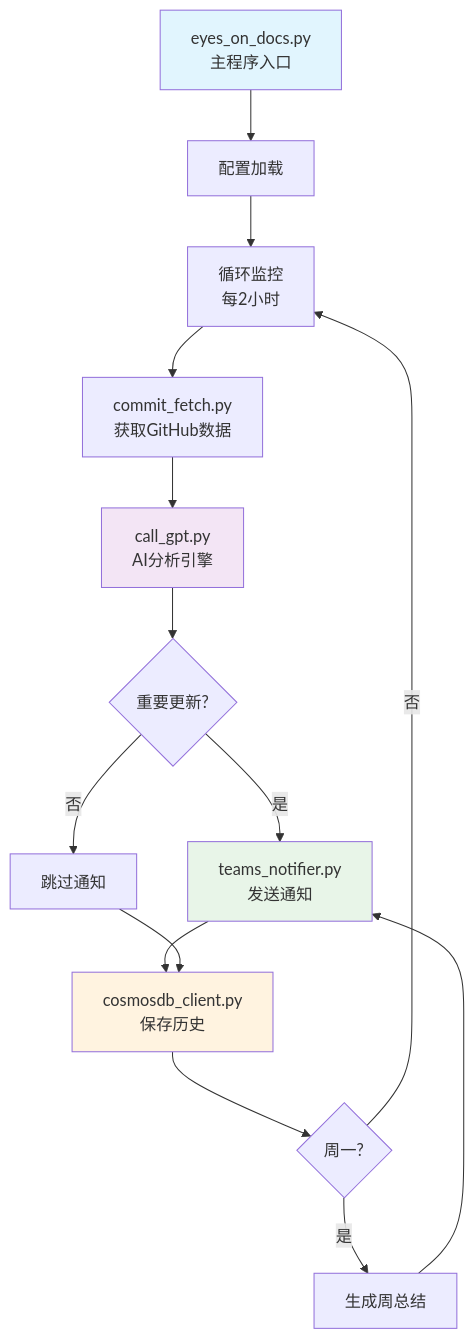
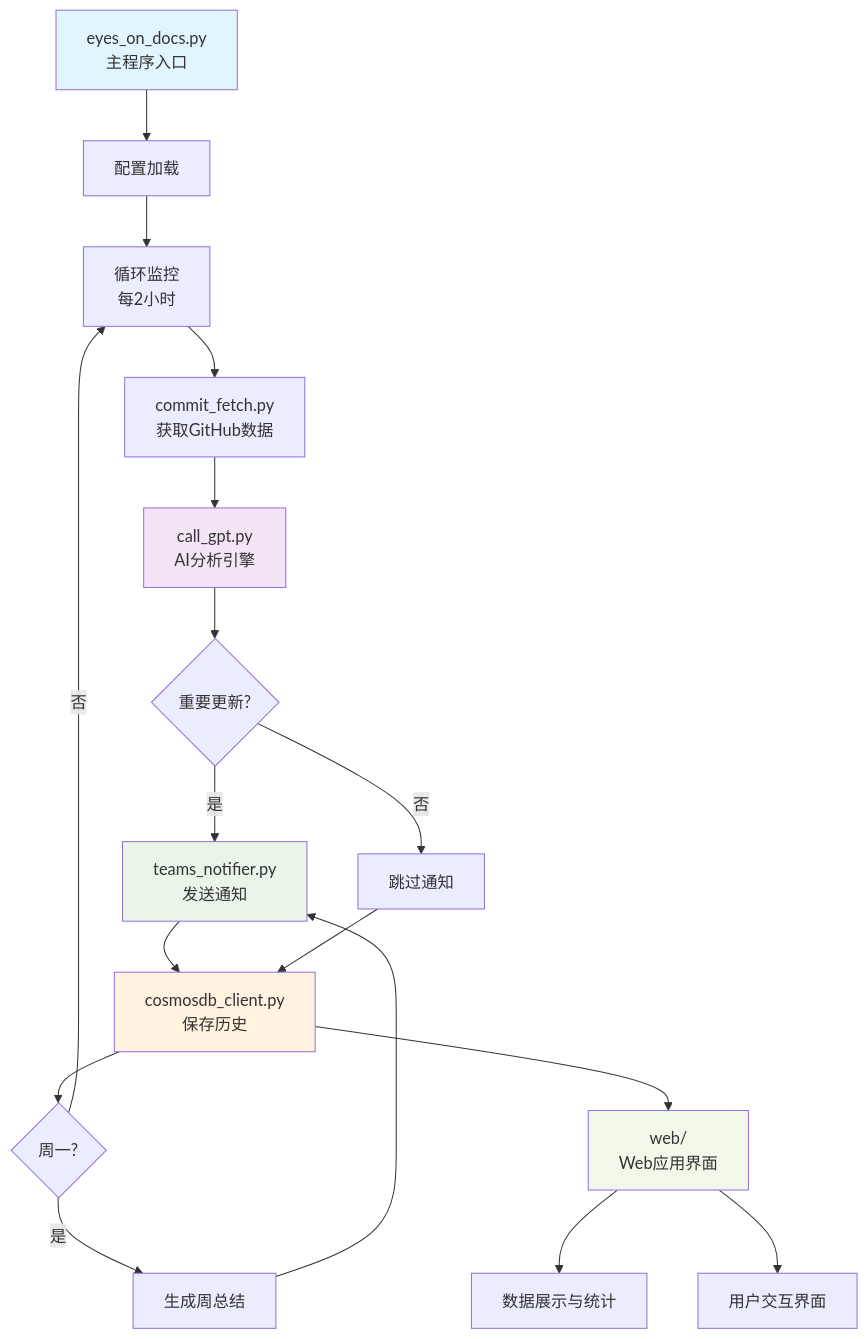
One commit to joeyzenghuan/Eyes-On-Docs changed the first of 4 diagrams in README.md. Above: the diagram before and after it, drawn with Mermaid. The commit also changed other lines of this file and 2 other files, not shown here.

````diff
--- a/README.md
+++ b/README.md
@@ -18,21 +51,26 @@
 ```mermaid
 graph TD
     A[eyes_on_docs.py<br/>主程序入口] --> B[配置加载]
     B --> C[循环监控<br/>每2小时]
     C --> D[commit_fetch.py<br/>获取GitHub数据]
     D --> E[call_gpt.py<br/>AI分析引擎]
     E --> F{重要更新?}
     F -->|是| G[teams_notifier.py<br/>发送通知]
     F -->|否| H[跳过通知]
     G --> I[cosmosdb_client.py<br/>保存历史]
     H --> I
     I --> J{周一?}
     J -->|是| K[生成周总结]
     J -->|否| C
     K --> G
-    
+  
+    I --> L[web/<br/>Web应用界面]
+    L --> M[数据展示与统计]
+    L --> N[用户交互界面]
+  
     style A fill:#e1f5fe
     style E fill:#f3e5f5
     style G fill:#e8f5e8
     style I fill:#fff3e0
+    style L fill:#f1f8e9
 ```
````
